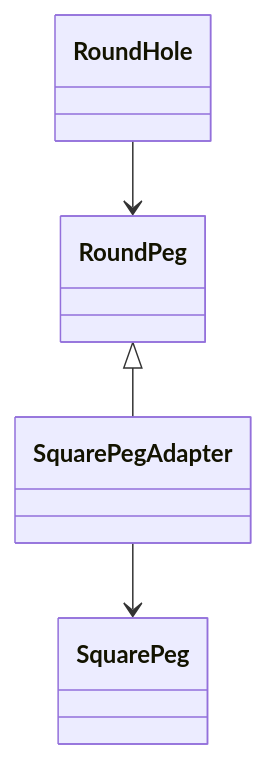
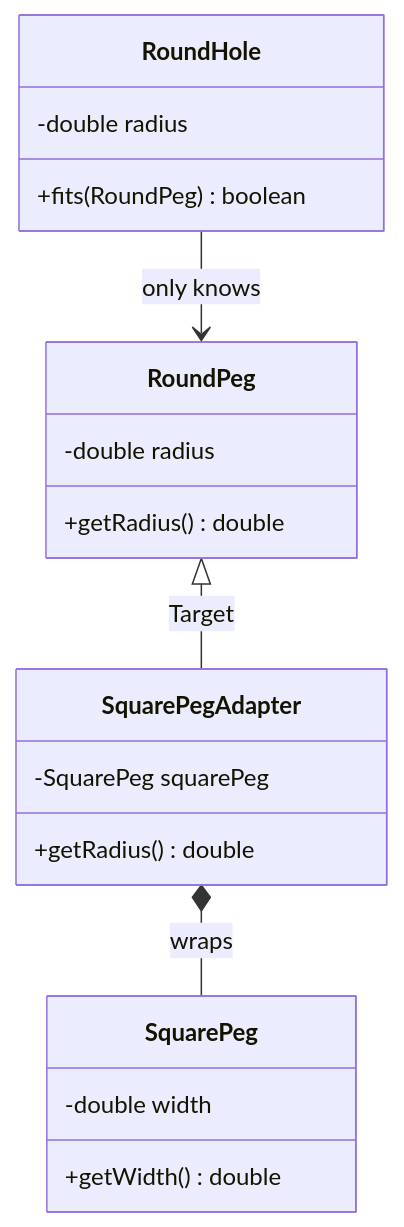
Before and after one commit to TunahanCan/design_pattern: diagram 13 of 46 in BOOK.md, drawn with Mermaid. The commit also changed other lines of this file and 171 other files, not shown here.

````diff
--- a/BOOK.md
+++ b/BOOK.md
@@ -214,11 +2264,22 @@
 ```mermaid
 classDiagram
-    class RoundHole
-    class RoundPeg
-    class SquarePeg
-    class SquarePegAdapter
-
-    RoundPeg <|-- SquarePegAdapter
-    SquarePegAdapter --> SquarePeg
-    RoundHole --> RoundPeg
+    class RoundHole {
+        -double radius
+        +fits(RoundPeg) boolean
+    }
+    class RoundPeg {
+        -double radius
+        +getRadius() double
+    }
+    class SquarePeg {
+        -double width
+        +getWidth() double
+    }
+    class SquarePegAdapter {
+        -SquarePeg squarePeg
+        +getRadius() double
+    }
+    RoundPeg <|-- SquarePegAdapter : Target
+    SquarePegAdapter *-- SquarePeg : wraps
+    RoundHole --> RoundPeg : only knows
 ```
````
